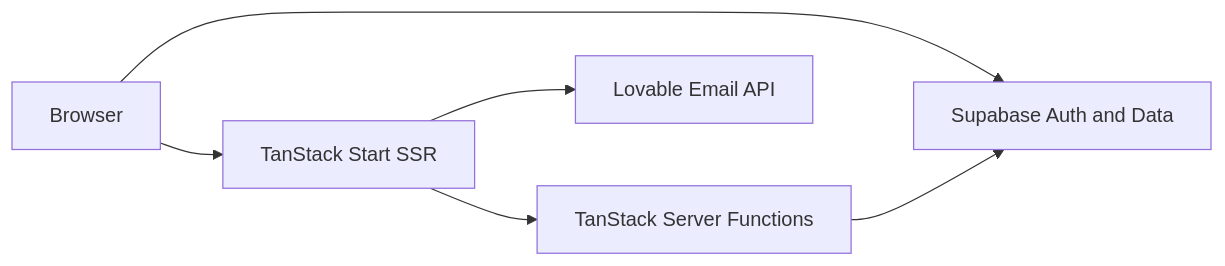
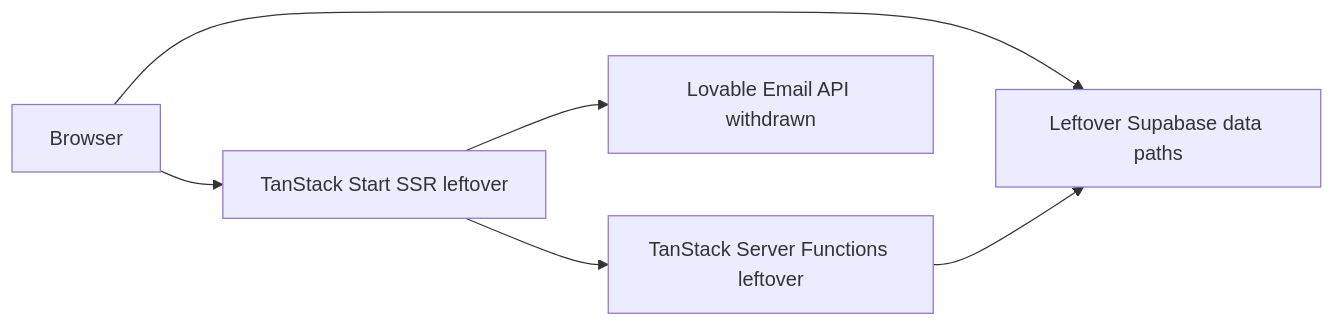
Before and after one commit to Ali-sherif/loyollo-web: the first of 2 diagrams in docs/frontend/README.md, drawn with Mermaid. The commit also changed other lines of this file and 24 other files, not shown here.

First line of the commit message:
docs: update architecture documentation to reflect NestJS authentication and cookie handling

````diff
--- a/docs/frontend/README.md
+++ b/docs/frontend/README.md
@@ -18,8 +18,8 @@
 ```mermaid
 flowchart LR
-  Browser --> TanStack[TanStack Start SSR]
-  TanStack --> ServerFns[TanStack Server Functions]
-  Browser --> Supabase[Supabase Auth and Data]
+  Browser --> TanStack[TanStack Start SSR leftover]
+  TanStack --> ServerFns[TanStack Server Functions leftover]
+  Browser --> Supabase[Leftover Supabase data paths]
   ServerFns --> Supabase
-  TanStack --> Email[Lovable Email API]
+  TanStack --> Email[Lovable Email API withdrawn]
 ```
````
